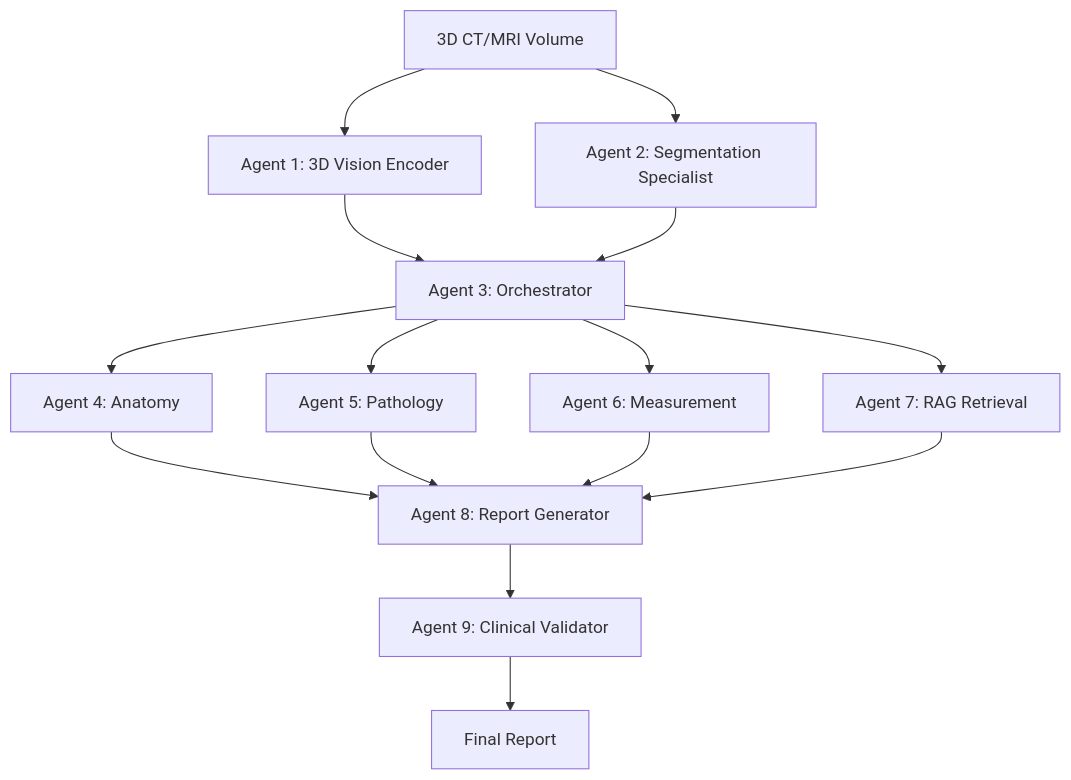
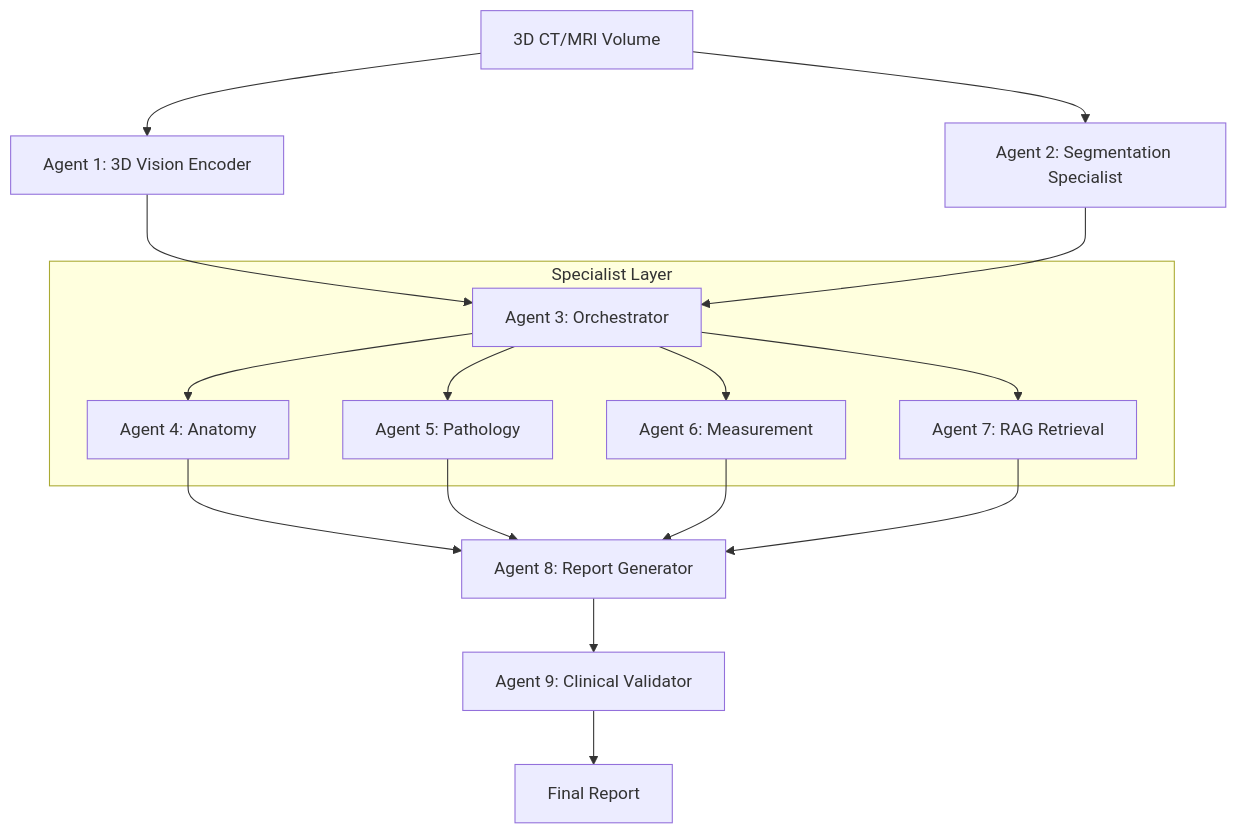
One commit to hoangtung386/Medical_reporting_agent changed the diagram in README.md. Above: the diagram before and after it, drawn with Mermaid. The commit also changed other lines of this file, not shown here.

````diff
--- a/README.md
+++ b/README.md
@@ -14,17 +14,21 @@
 ```mermaid
 graph TD
     Input[3D CT/MRI Volume] --> A1[Agent 1: 3D Vision Encoder]
     Input --> A2[Agent 2: Segmentation Specialist]
     A1 --> A3[Agent 3: Orchestrator]
     A2 --> A3
-    A3 --> A4[Agent 4: Anatomy]
-    A3 --> A5[Agent 5: Pathology]
-    A3 --> A6[Agent 6: Measurement]
-    A3 --> A7[Agent 7: RAG Retrieval]
+    
+    subgraph "Specialist Layer"
+        A3 --> A4[Agent 4: Anatomy]
+        A3 --> A5[Agent 5: Pathology]
+        A3 --> A6[Agent 6: Measurement]
+        A3 --> A7[Agent 7: RAG Retrieval]
+    end
+    
     A4 --> A8[Agent 8: Report Generator]
     A5 --> A8
     A6 --> A8
     A7 --> A8
     A8 --> A9[Agent 9: Clinical Validator]
     A9 --> Final[Final Report]
 ```
````
